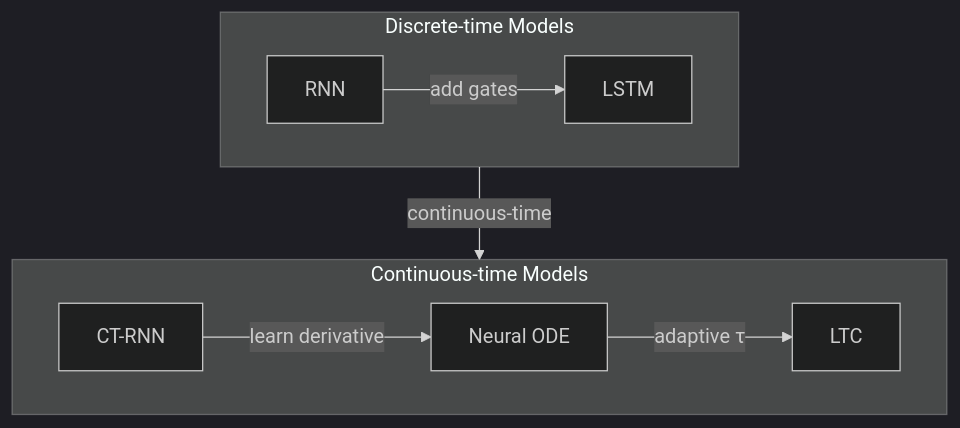
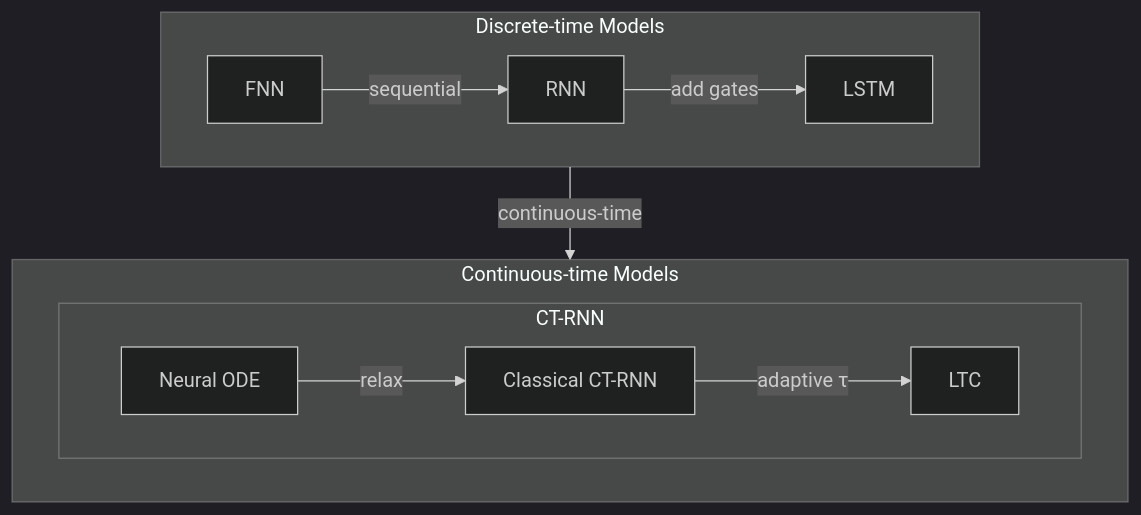
One commit to boliu-ee/LTC changed the diagram in README.md. Above: the diagram before and after it, drawn with Mermaid (dark theme). The commit also changed other lines of this file, not shown here.

````diff
--- a/README.md
+++ b/README.md
@@ -536,20 +536,25 @@
 ```mermaid
 flowchart TB
     subgraph G1["Discrete-time Models"]
        direction LR
+        A0["FNN"]
         A["RNN"]
         B["LSTM"]
+        A0 --> |sequential| A
         A -->|add gates| B
     end
 
     subgraph G2["Continuous-time Models"]
         direction LR
-        C["CT-RNN"]
+        subgraph G4["CT-RNN"]
+        direction LR
         D["Neural ODE"]
-        E["LTC"]
-        C -->|learn derivative| D
-        D -->|adaptive τ| E
+        E["Classical CT-RNN"]
+        F["LTC"]
+        D -->|relax| E 
+        E -->|adaptive τ| F
+        end
     end
 
     G1 -->|continuous-time| G2
 ```
````
